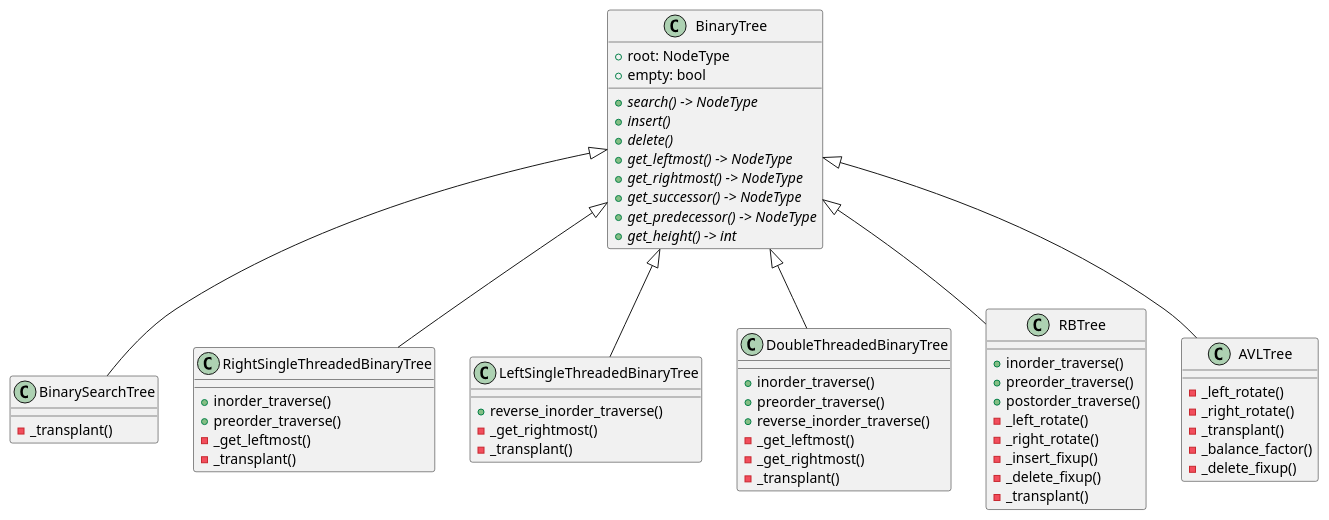
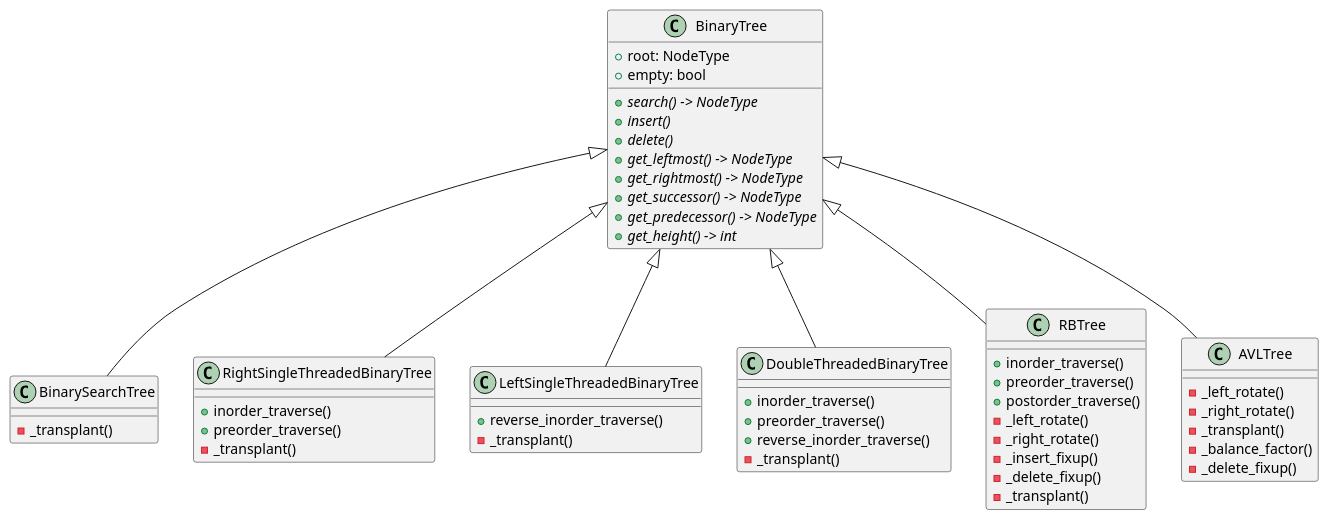
The diagram in diagrams/binary_tree_class_diagram.wsd (shunsvineyard/pyforest), drawn with PlantUML before and after one commit. The commit also changed 2 other files, not shown here.

```diff
--- a/diagrams/binary_tree_class_diagram.wsd
+++ b/diagrams/binary_tree_class_diagram.wsd
@@ -1,70 +1,66 @@
 @startuml
 
 BinaryTree <|-- BinarySearchTree
 BinaryTree <|-- RightSingleThreadedBinaryTree
 BinaryTree <|-- LeftSingleThreadedBinaryTree
 BinaryTree <|-- DoubleThreadedBinaryTree
 BinaryTree <|-- RBTree
 BinaryTree <|-- AVLTree
 
 class BinaryTree {
     +root: NodeType
     +empty: bool
     {abstract} +search() -> NodeType
     {abstract} +insert()
     {abstract} +delete()
     {abstract} +get_leftmost() -> NodeType
     {abstract} +get_rightmost() -> NodeType
     {abstract} +get_successor() -> NodeType
     {abstract} +get_predecessor() -> NodeType
     {abstract} +get_height() -> int
 }
 
 class BinarySearchTree {
     -_transplant()
 }
 
 class RightSingleThreadedBinaryTree {
     +inorder_traverse()
     +preorder_traverse()
-    -_get_leftmost()
     -_transplant()
 }
 
 class LeftSingleThreadedBinaryTree {
     +reverse_inorder_traverse()
-    -_get_rightmost()
     -_transplant()
 }
 
 class DoubleThreadedBinaryTree {
     +inorder_traverse()
     +preorder_traverse()
     +reverse_inorder_traverse()
-    -_get_leftmost()
-    -_get_rightmost()
     -_transplant()
 }
 
 class RBTree {
     +inorder_traverse()
     +preorder_traverse()
     +postorder_traverse()
     -_left_rotate()
     -_right_rotate()
     -_insert_fixup()
     -_delete_fixup()
     -_transplant()
 
 }
 
 class AVLTree {
     -_left_rotate()
     -_right_rotate()
     -_transplant()
     -_balance_factor()
     -_delete_fixup()
 }
 
 
 @enduml
```
